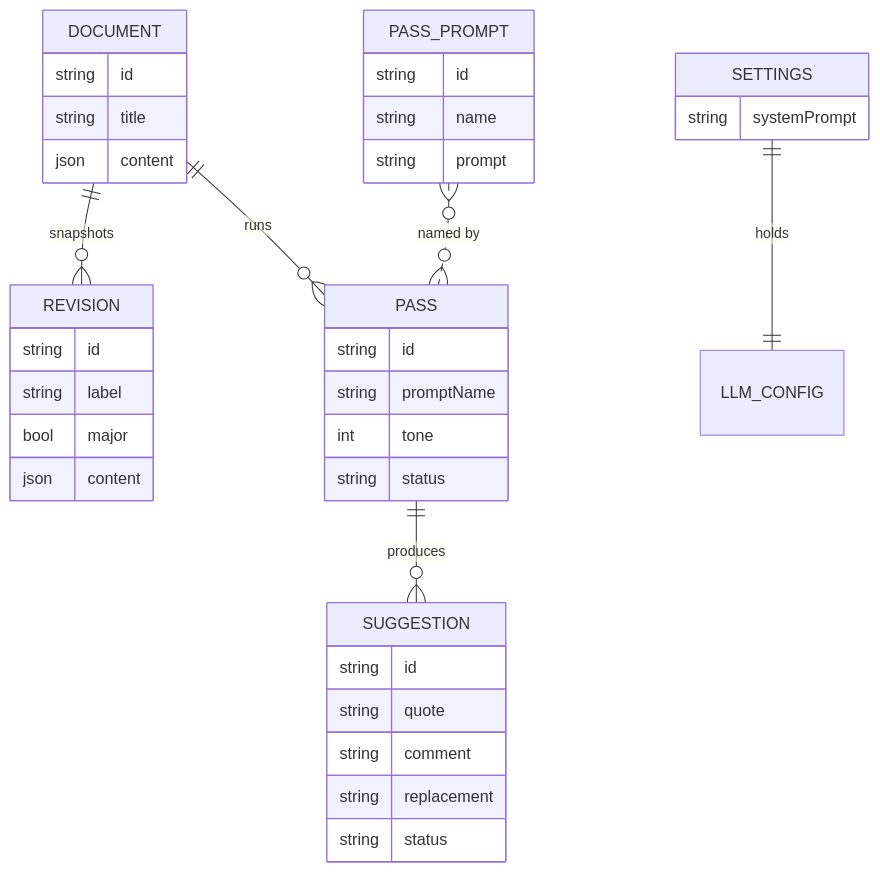
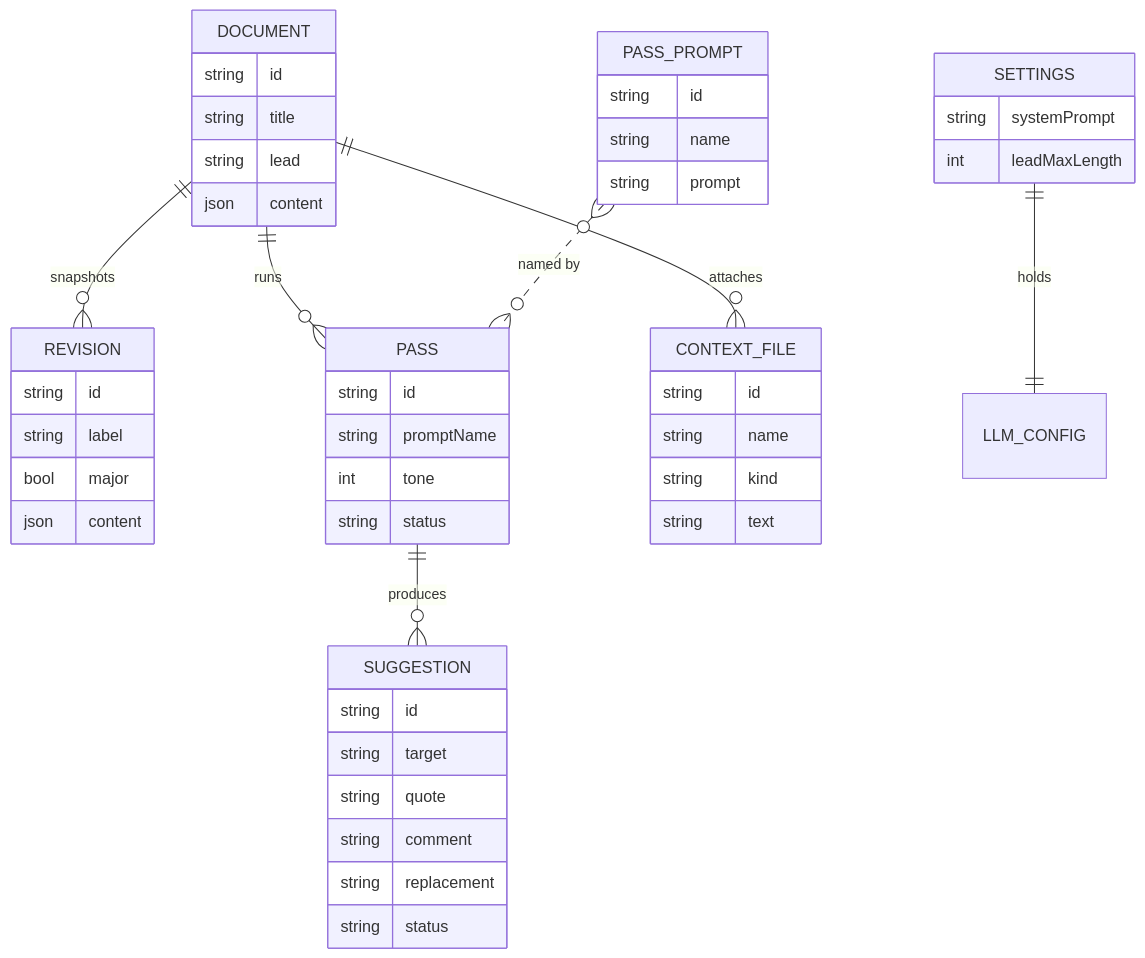
The third of 3 diagrams in README.md (gmcabrita/writing-workshop), drawn with Mermaid before and after one commit. The commit also changed other lines of this file and 19 other files, not shown here.

First line of the commit message:
Add a document lead and per-document context files

````diff
--- a/README.md
+++ b/README.md
@@ -75,15 +102,17 @@
 ```mermaid
 erDiagram
     DOCUMENT ||--o{ REVISION : snapshots
     DOCUMENT ||--o{ PASS : runs
+    DOCUMENT ||--o{ CONTEXT_FILE : attaches
     PASS ||--o{ SUGGESTION : produces
     PASS_PROMPT }o..o{ PASS : "named by"
     SETTINGS ||--|| LLM_CONFIG : holds
 
-    DOCUMENT { string id  string title  json content }
+    DOCUMENT { string id  string title  string lead  json content }
     REVISION { string id  string label  bool major  json content }
     PASS { string id  string promptName  int tone  string status }
-    SUGGESTION { string id  string quote  string comment  string replacement  string status }
+    SUGGESTION { string id  string target  string quote  string comment  string replacement  string status }
+    CONTEXT_FILE { string id  string name  string kind  string text }
     PASS_PROMPT { string id  string name  string prompt }
-    SETTINGS { string systemPrompt }
+    SETTINGS { string systemPrompt  int leadMaxLength }
 ```
````
